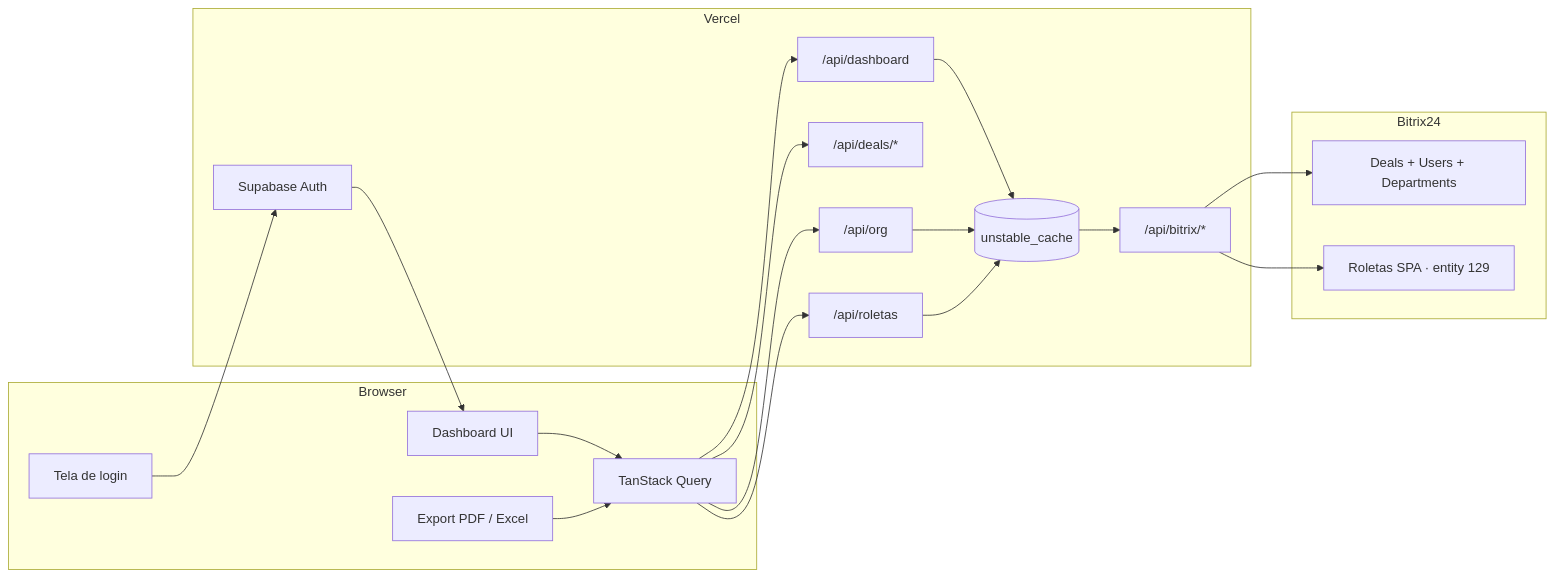
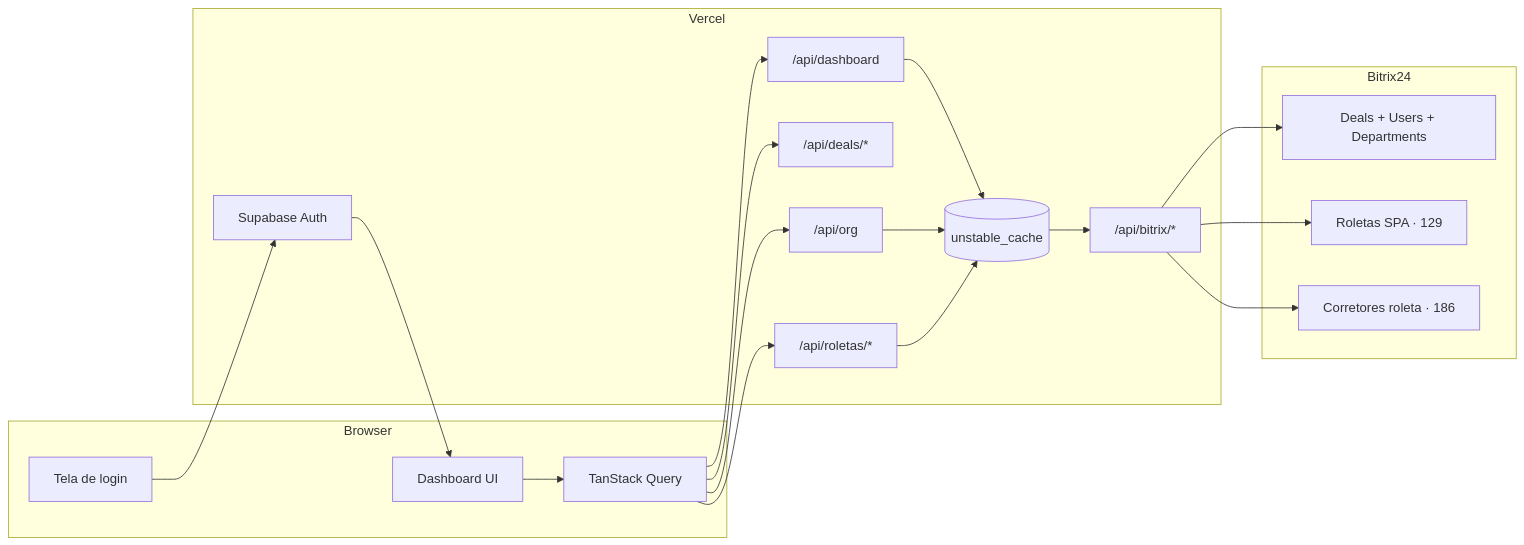
Before and after one commit to RafaelADSdev/Dashboard-St-pp: the diagram in README.md, drawn with Mermaid. The commit also changed other lines of this file and 72 other files, not shown here.

````diff
--- a/README.md
+++ b/README.md
@@ -132,39 +195,39 @@
 ```mermaid
 flowchart LR
     subgraph Browser
         LOGIN[Tela de login]
         UI[Dashboard UI]
         RQ[TanStack Query]
-        EXP[Export PDF / Excel]
     end
 
     subgraph Vercel
         AUTH[Supabase Auth]
         API_DASH["/api/dashboard"]
         API_DEALS["/api/deals/*"]
         API_ORG["/api/org"]
-        API_ROL["/api/roletas"]
+        API_ROL["/api/roletas/*"]
         CACHE[(unstable_cache)]
         PROXY["/api/bitrix/*"]
     end
 
     subgraph Bitrix24
         CRM[Deals + Users + Departments]
-        SPA[Roletas SPA · entity 129]
+        SPA[Roletas SPA · 129]
+        CORR[Corretores roleta · 186]
     end
 
     LOGIN --> AUTH
     AUTH --> UI
     UI --> RQ
-    EXP --> RQ
     RQ --> API_DASH
     RQ --> API_DEALS
     RQ --> API_ORG
     RQ --> API_ROL
     API_DASH --> CACHE
     API_ORG --> CACHE
     API_ROL --> CACHE
     CACHE --> PROXY
     PROXY --> CRM
     PROXY --> SPA
+    PROXY --> CORR
 ```
````
